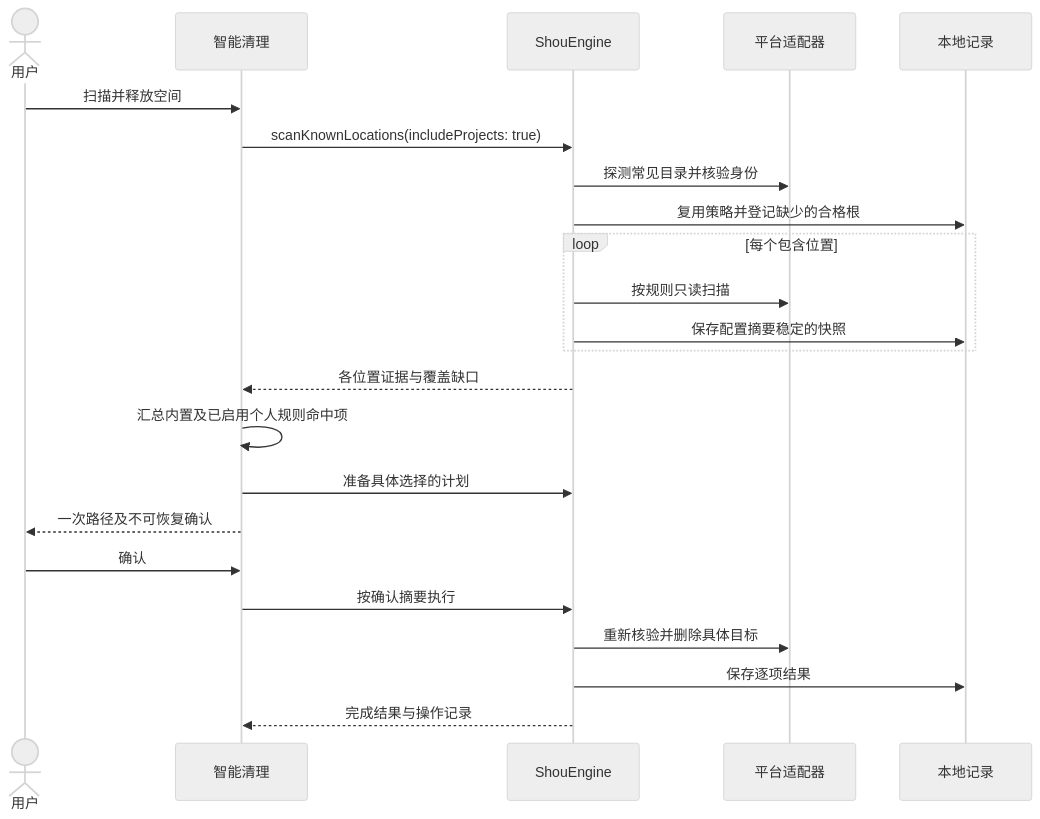
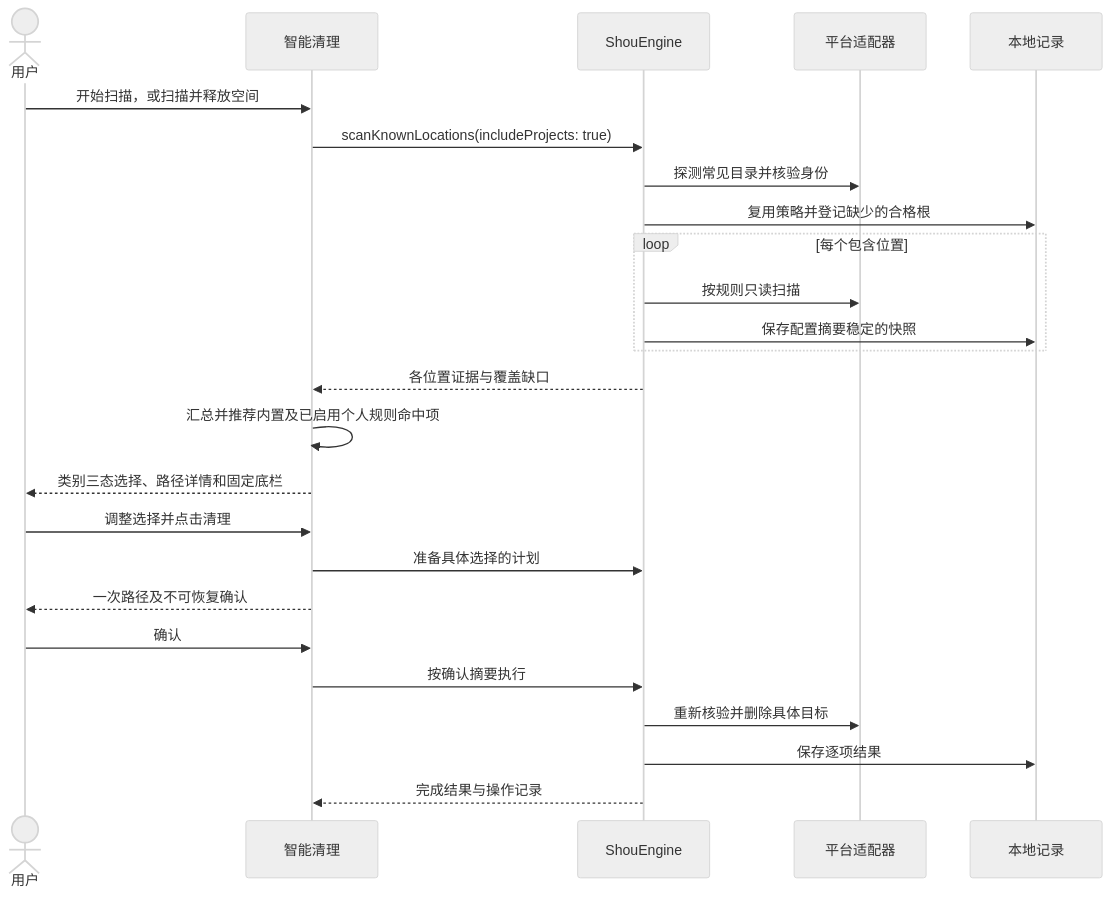
One commit to limecloud/shou changed the third of 3 diagrams in docs/zh-CN/product/unified-cleanup.md. Above: the diagram before and after it, drawn with Mermaid (neutral theme). The commit also changed other lines of this file and 117 other files, not shown here.

````diff
--- a/docs/zh-CN/product/unified-cleanup.md
+++ b/docs/zh-CN/product/unified-cleanup.md
@@ -70,25 +70,27 @@
 ```mermaid
 sequenceDiagram
   actor User as 用户
   participant UI as 智能清理
   participant Engine as ShouEngine
   participant FS as 平台适配器
   participant Store as 本地记录
-  User->>UI: 扫描并释放空间
+  User->>UI: 开始扫描，或扫描并释放空间
   UI->>Engine: scanKnownLocations(includeProjects: true)
   Engine->>FS: 探测常见目录并核验身份
   Engine->>Store: 复用策略并登记缺少的合格根
   loop 每个包含位置
     Engine->>FS: 按规则只读扫描
     Engine->>Store: 保存配置摘要稳定的快照
   end
   Engine-->>UI: 各位置证据与覆盖缺口
-  UI->>UI: 汇总内置及已启用个人规则命中项
+  UI->>UI: 汇总并推荐内置及已启用个人规则命中项
+  UI-->>User: 类别三态选择、路径详情和固定底栏
+  User->>UI: 调整选择并点击清理
   UI->>Engine: 准备具体选择的计划
   UI-->>User: 一次路径及不可恢复确认
   User->>UI: 确认
   UI->>Engine: 按确认摘要执行
   Engine->>FS: 重新核验并删除具体目标
   Engine->>Store: 保存逐项结果
   Engine-->>UI: 完成结果与操作记录
 ```
````
